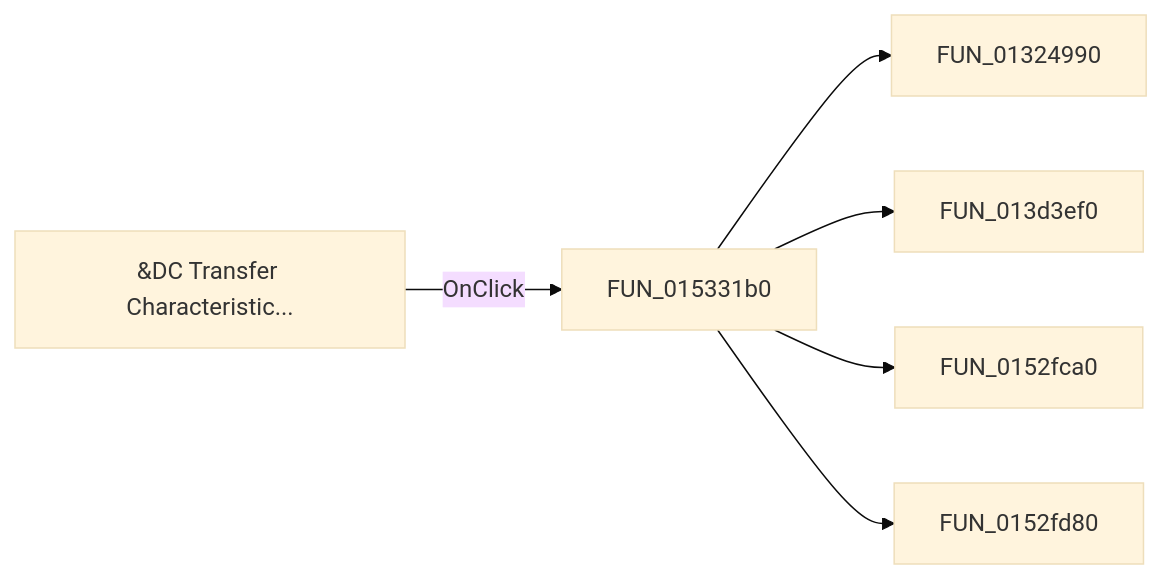
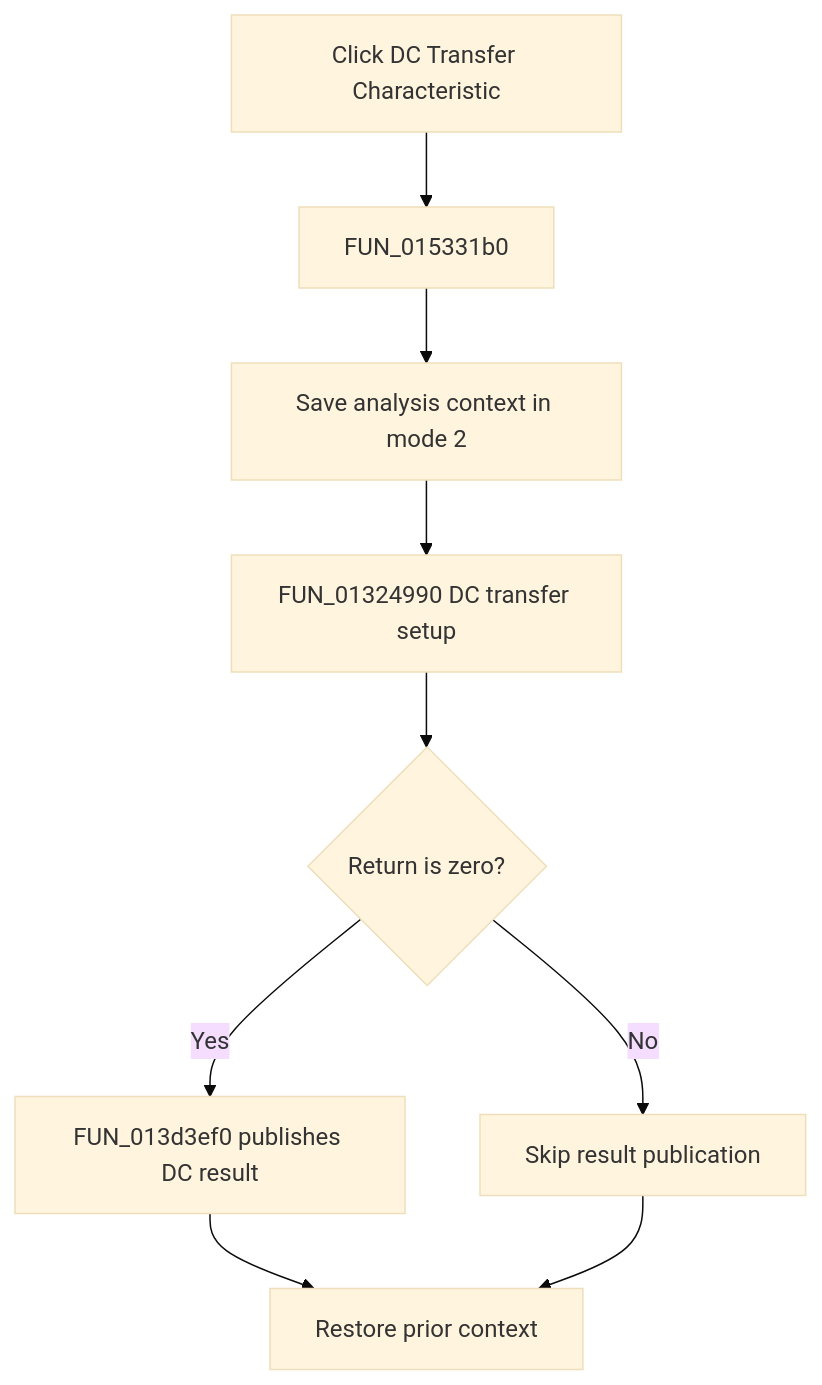
The diagram in docs/ui-controls/netlisteditor/midctransfercharacteristic-e55c8e77b1.md (MovGP0/TIARA), drawn with Mermaid (base theme) before and after one commit. The commit also changed other lines of this file and 1062 other files, not shown here.

````diff
--- a/docs/ui-controls/netlisteditor/midctransfercharacteristic-e55c8e77b1.md
+++ b/docs/ui-controls/netlisteditor/midctransfercharacteristic-e55c8e77b1.md
@@ -27,8 +29,11 @@
 ```mermaid
-flowchart LR
-    control["&DC Transfer Characteristic..."] -->|OnClick| handler["FUN_015331b0"]
-    handler --> call1["FUN_01324990"]
-    handler --> call2["FUN_013d3ef0"]
-    handler --> call3["FUN_0152fca0"]
-    handler --> call4["FUN_0152fd80"]
+flowchart TD
+    control["Click DC Transfer Characteristic"] --> handler["FUN_015331b0"]
+    handler --> prepare["Save analysis context in mode 2"]
+    prepare --> setup["FUN_01324990 DC transfer setup"]
+    setup --> zero{"Return is zero?"}
+    zero -->|Yes| publish["FUN_013d3ef0 publishes DC result"]
+    zero -->|No| skip["Skip result publication"]
+    publish --> restore["Restore prior context"]
+    skip --> restore
 ```
````
